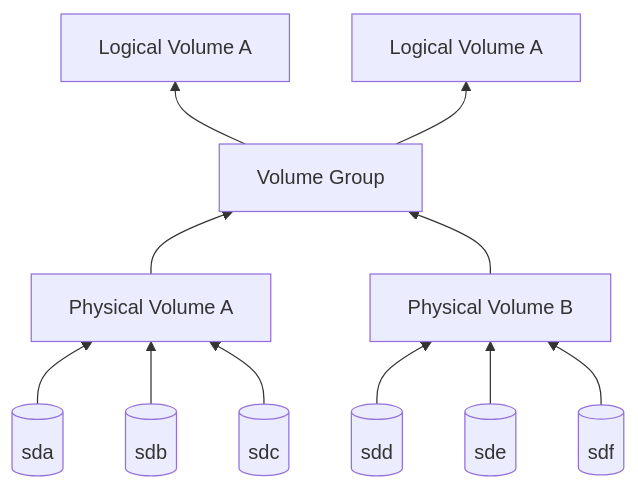
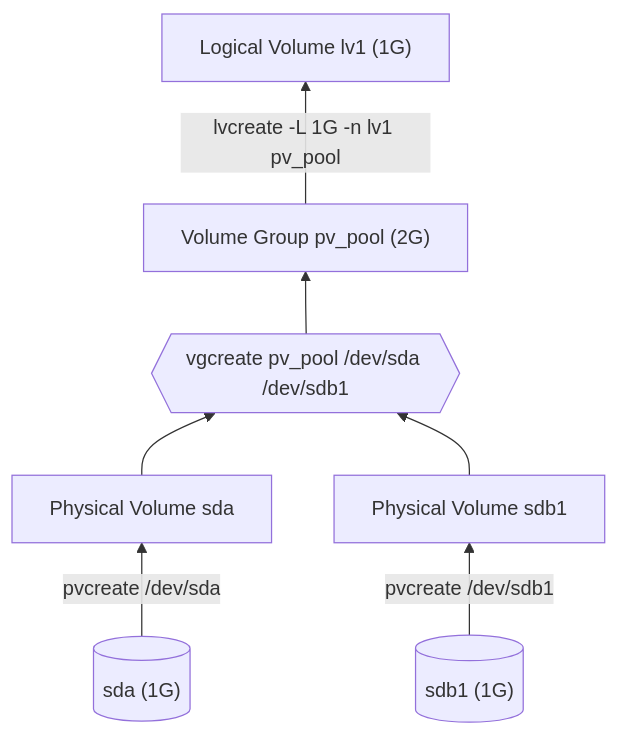
One commit to Kulosh/maturita_prep_net changed the diagram in SPS/questions/Q23.md. Above: the diagram before and after it, drawn with Mermaid. The commit also changed other lines of this file, not shown here.

````diff
--- a/SPS/questions/Q23.md
+++ b/SPS/questions/Q23.md
@@ -28,13 +25,9 @@
 ```mermaid
 flowchart BT
-    B[Physical Volume A] --> A[Volume Group]
-    C[Physical Volume B] --> A
-    D[(sda)] --> B
-    E[(sdb)] --> B
-    F[(sdc)] --> B
-    G[(sdd)] --> C
-    H[(sde)] --> C
-    I[(sdf)] --> C
-    A --> J[Logical Volume A]
-    A --> K[Logical Volume A]
+A[("sda (1G)")] -- pvcreate /dev/sda --> B[Physical Volume sda]
+C[("sdb1 (1G)")] -- pvcreate /dev/sdb1 --> D[Physical Volume sdb1]
+B --> E{{vgcreate pv_pool /dev/sda /dev/sdb1}}
+D --> E
+E --> F["Volume Group pv_pool (2G)"]
+F -- lvcreate -L 1G -n lv1 pv_pool --> G["Logical Volume lv1 (1G)"]
 ```
````
